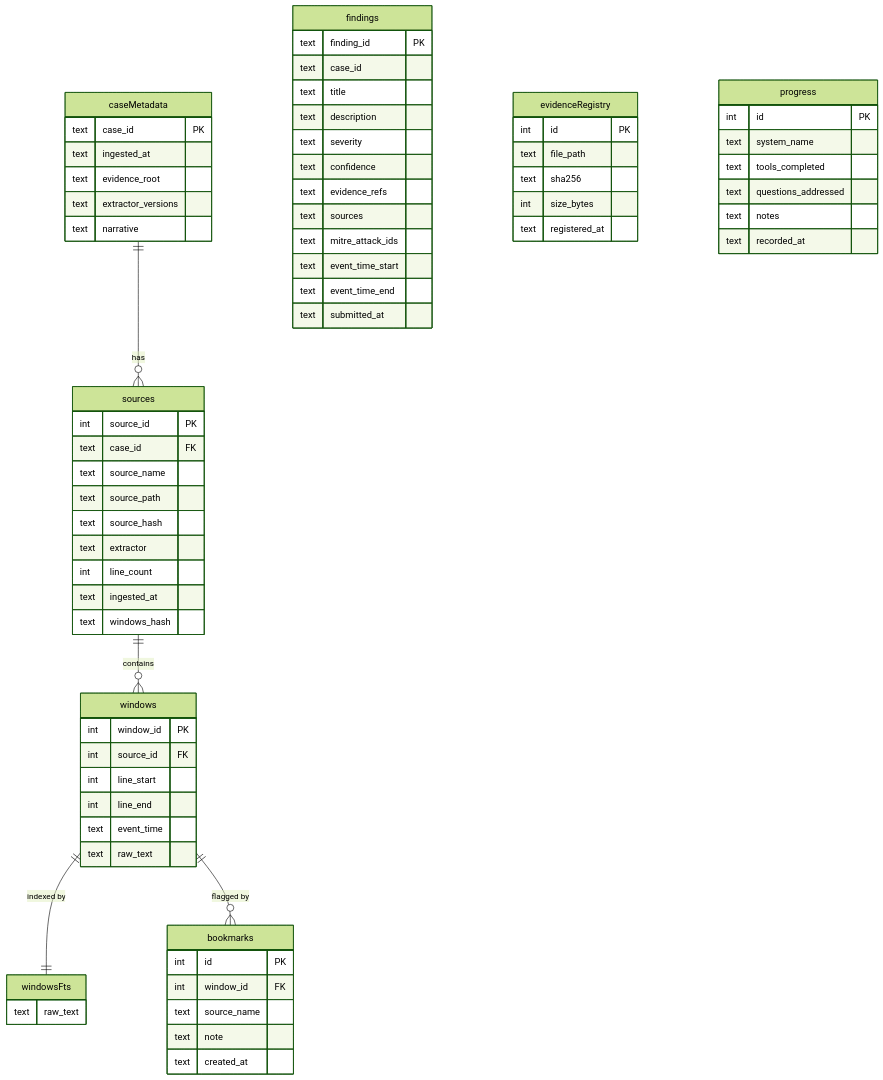
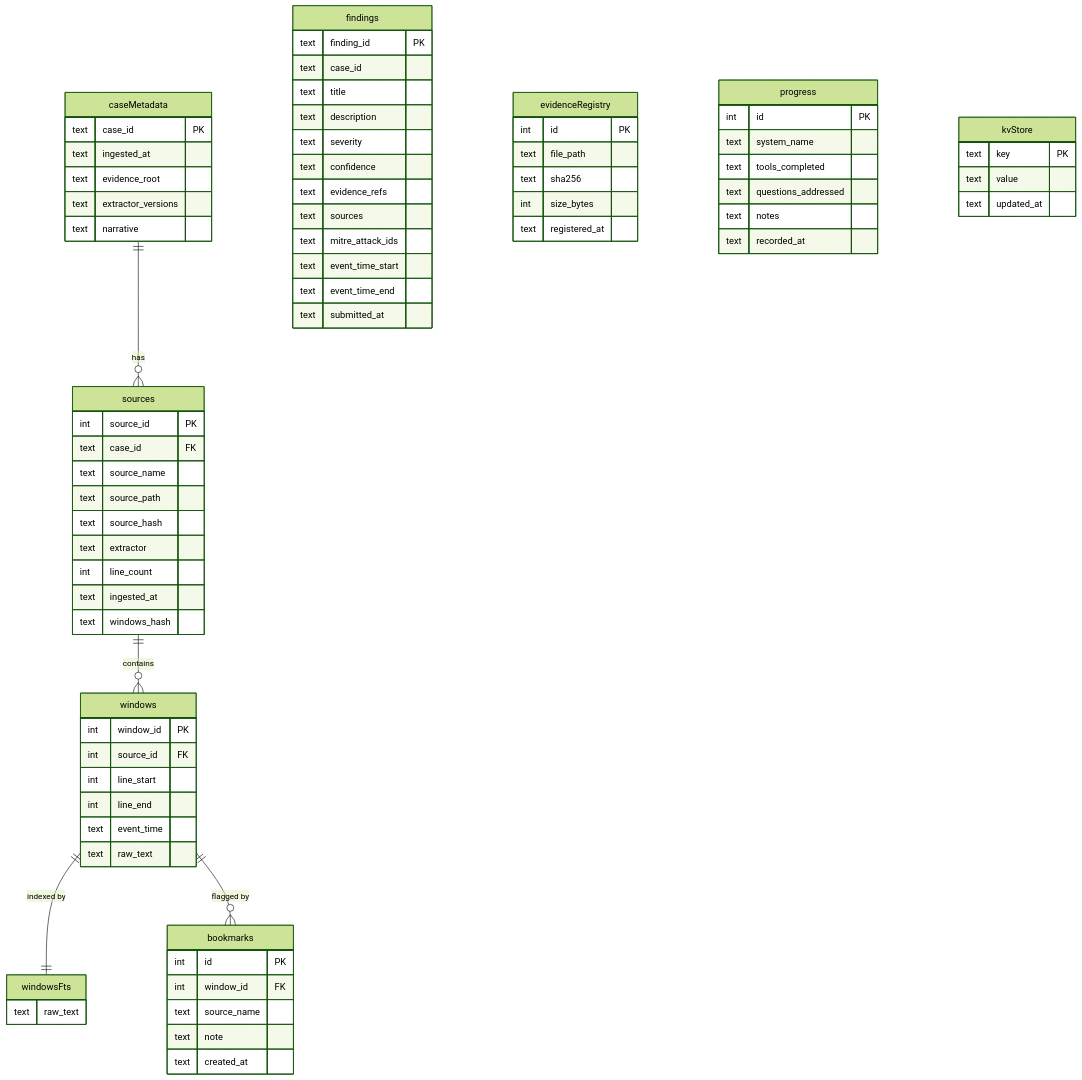
One commit to calebevans/mulder changed the sixth of 7 diagrams in docs/architecture.md. Above: the diagram before and after it, drawn with Mermaid (forest theme). The commit also changed other lines of this file and 2 other files, not shown here.

First line of the commit message:
docs: update README and architecture docs to reflect current system state

```diff
--- a/docs/architecture.md
+++ b/docs/architecture.md
@@ -320,6 +359,12 @@
         text recorded_at
     }
 
+    kvStore {
+        text key PK
+        text value
+        text updated_at
+    }
+
     caseMetadata ||--o{ sources : "has"
     sources ||--o{ windows : "contains"
     windows ||--|| windowsFts : "indexed by"
```
